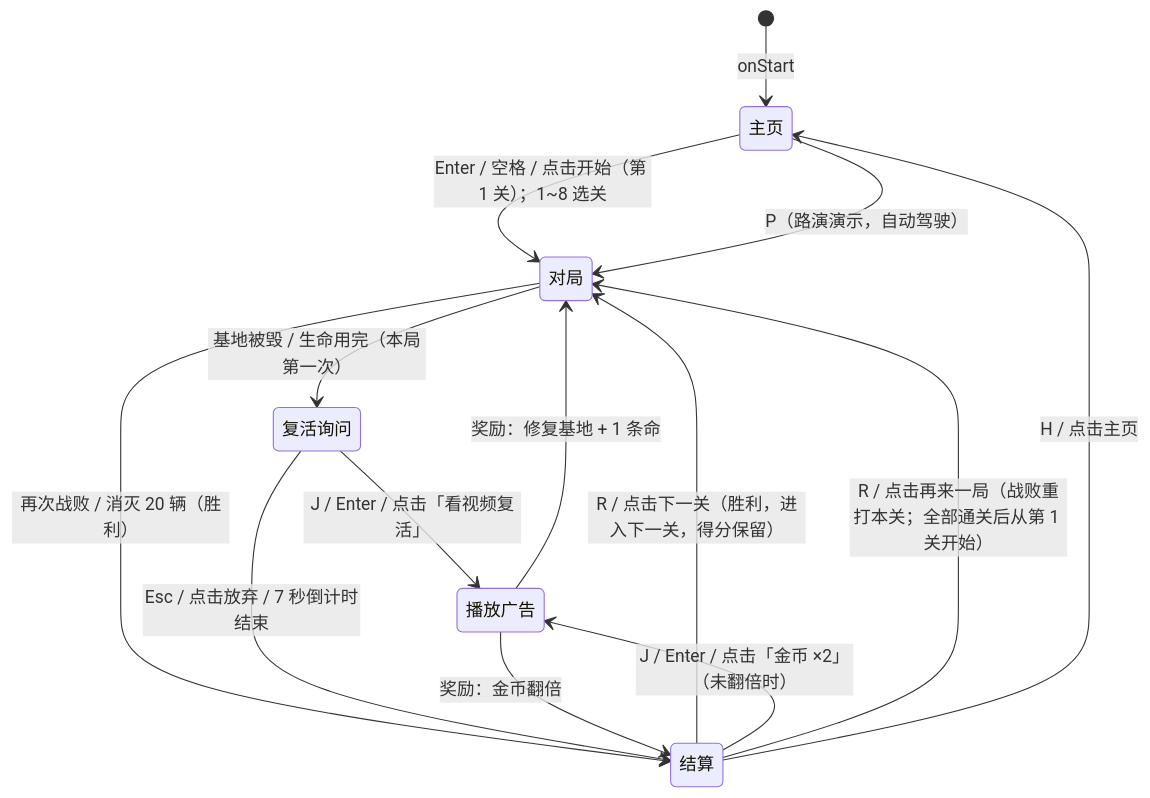
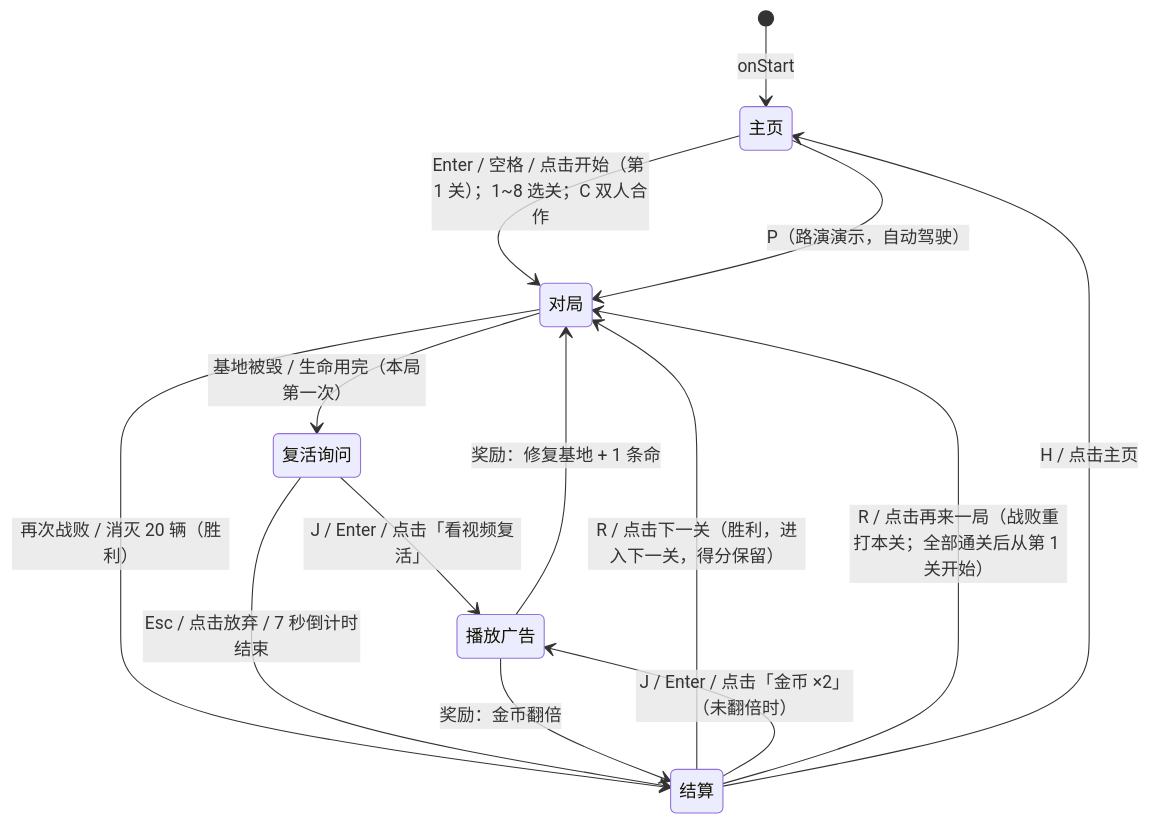
One commit to Qiniu-ERE/zero changed the second of 2 diagrams in docs/ARCHITECTURE.md. Above: the diagram before and after it, drawn with Mermaid. The commit also changed other lines of this file and 6 other files, not shown here.

First line of the commit message:
docs: co-op is implemented — screenshots, test log, architecture

````diff
--- a/docs/ARCHITECTURE.md
+++ b/docs/ARCHITECTURE.md
@@ -132,16 +133,16 @@
 ```mermaid
 stateDiagram-v2
   [*] --> 主页: onStart
-  主页 --> 对局: Enter / 空格 / 点击开始（第 1 关）；1~8 选关
+  主页 --> 对局: Enter / 空格 / 点击开始（第 1 关）；1~8 选关；C 双人合作
   主页 --> 对局: P（路演演示，自动驾驶）
   对局 --> 复活询问: 基地被毁 / 生命用完（本局第一次）
   对局 --> 结算: 再次战败 / 消灭 20 辆（胜利）
   结算 --> 对局: R / 点击下一关（胜利，进入下一关，得分保留）
   复活询问 --> 播放广告: J / Enter / 点击「看视频复活」
   复活询问 --> 结算: Esc / 点击放弃 / 7 秒倒计时结束
   播放广告 --> 对局: 奖励：修复基地 + 1 条命
   结算 --> 播放广告: J / Enter / 点击「金币 ×2」（未翻倍时）
   播放广告 --> 结算: 奖励：金币翻倍
   结算 --> 对局: R / 点击再来一局（战败重打本关；全部通关后从第 1 关开始）
   结算 --> 主页: H / 点击主页
 ```
````
